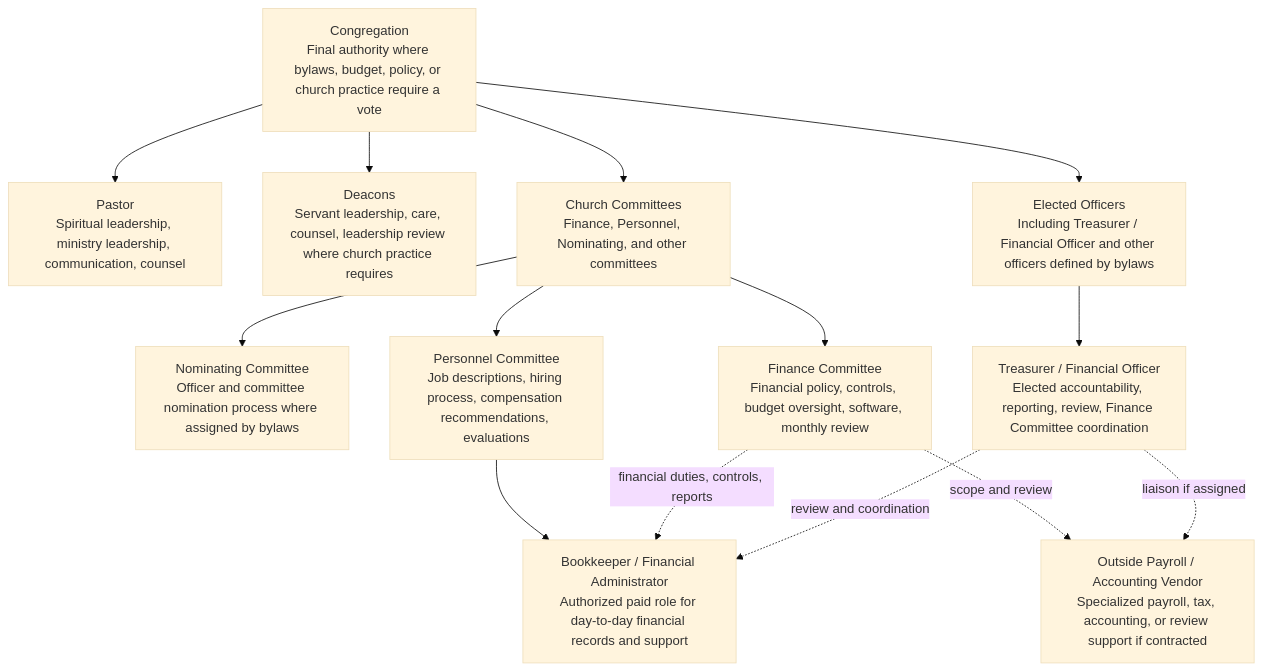
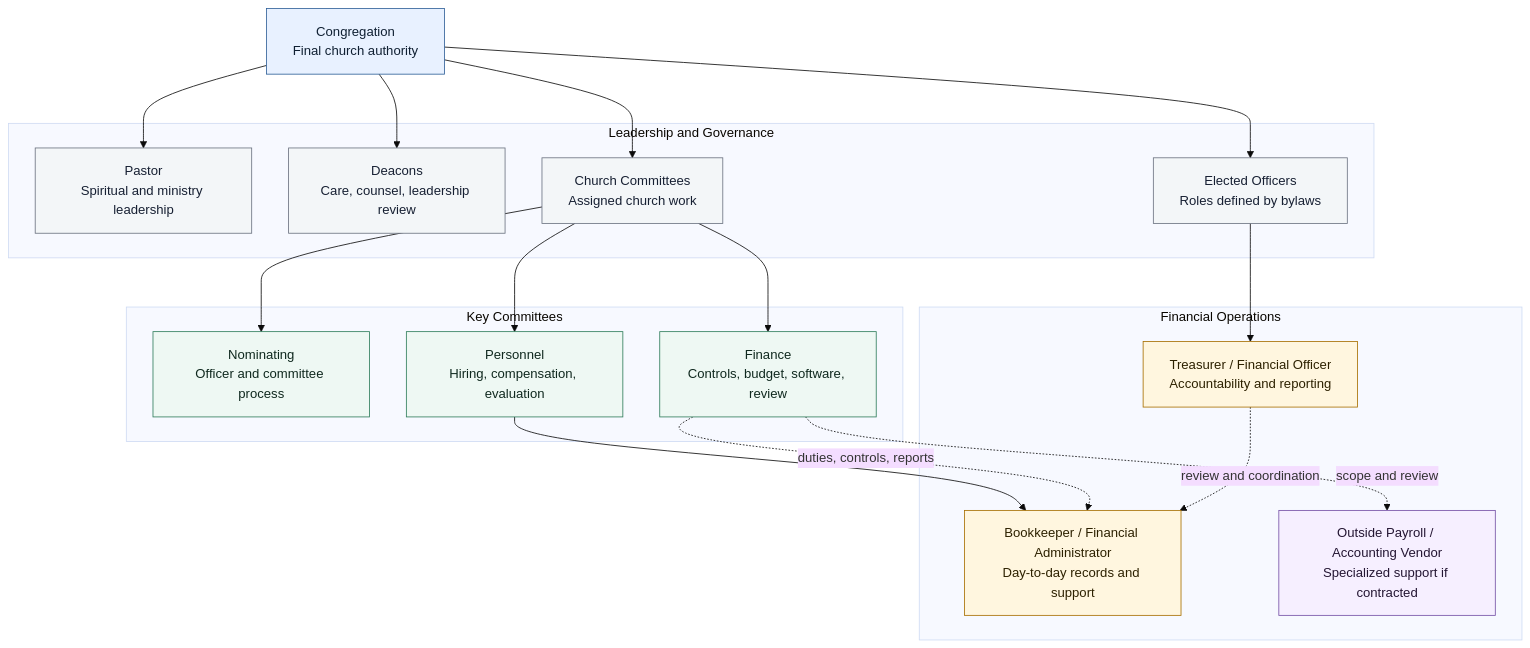
The first of 2 diagrams in docs/governance/church-organization-chart.md (coryd3/kbc-financial-operations), drawn with Mermaid (base theme) before and after one commit. The commit also changed other lines of this file and 2 other files, not shown here.

Commit message:
Render organization charts as Mermaid diagrams

````diff
--- a/docs/governance/church-organization-chart.md
+++ b/docs/governance/church-organization-chart.md
@@ -21,33 +21,48 @@
 ```mermaid
+%%{init: {"flowchart": {"curve": "basis", "nodeSpacing": 45, "rankSpacing": 60, "padding": 16}}}%%
 flowchart TD
-    Congregation["Congregation<br/>Final authority where bylaws, budget, policy, or church practice require a vote"]
+    Congregation["Congregation<br/>Final church authority"]
 
-    Pastor["Pastor<br/>Spiritual leadership, ministry leadership, communication, counsel"]
-    Deacons["Deacons<br/>Servant leadership, care, counsel, leadership review where church practice requires"]
-    Officers["Elected Officers<br/>Including Treasurer / Financial Officer and other officers defined by bylaws"]
-    Committees["Church Committees<br/>Finance, Personnel, Nominating, and other committees"]
+    subgraph Leadership [Leadership and Governance]
+        Pastor["Pastor<br/>Spiritual and ministry leadership"]
+        Deacons["Deacons<br/>Care, counsel, leadership review"]
+        Officers["Elected Officers<br/>Roles defined by bylaws"]
+        Committees["Church Committees<br/>Assigned church work"]
+    end
+
+    subgraph CommitteesGroup [Key Committees]
+        Nominating["Nominating<br/>Officer and committee process"]
+        Finance["Finance<br/>Controls, budget, software, review"]
+        Personnel["Personnel<br/>Hiring, compensation, evaluation"]
+    end
+
+    subgraph FinanceOps [Financial Operations]
+        Treasurer["Treasurer / Financial Officer<br/>Accountability and reporting"]
+        Bookkeeper["Bookkeeper / Financial Administrator<br/>Day-to-day records and support"]
+        Vendor["Outside Payroll / Accounting Vendor<br/>Specialized support if contracted"]
+    end
 
     Congregation --> Pastor
     Congregation --> Deacons
     Congregation --> Officers
     Congregation --> Committees
-
-    Nominating["Nominating Committee<br/>Officer and committee nomination process where assigned by bylaws"]
-    Finance["Finance Committee<br/>Financial policy, controls, budget oversight, software, monthly review"]
-    Personnel["Personnel Committee<br/>Job descriptions, hiring process, compensation recommendations, evaluations"]
-
     Committees --> Nominating
     Committees --> Finance
     Committees --> Personnel
-
-    Treasurer["Treasurer / Financial Officer<br/>Elected accountability, reporting, review, Finance Committee coordination"]
-    Bookkeeper["Bookkeeper / Financial Administrator<br/>Authorized paid role for day-to-day financial records and support"]
-    Vendor["Outside Payroll / Accounting Vendor<br/>Specialized payroll, tax, accounting, or review support if contracted"]
-
     Officers --> Treasurer
     Personnel --> Bookkeeper
-    Finance -. financial duties, controls, reports .-> Bookkeeper
+    Finance -. duties, controls, reports .-> Bookkeeper
     Treasurer -. review and coordination .-> Bookkeeper
     Finance -. scope and review .-> Vendor
-    Treasurer -. liaison if assigned .-> Vendor
+
+    classDef authority fill:#e8f1ff,stroke:#2f5f98,color:#102033,stroke-width:1px;
+    classDef leadership fill:#f3f6f8,stroke:#6b7280,color:#172033,stroke-width:1px;
+    classDef committee fill:#eef8f3,stroke:#2f7d5b,color:#10291f,stroke-width:1px;
+    classDef operations fill:#fff6df,stroke:#a76f00,color:#2d2100,stroke-width:1px;
+    classDef vendor fill:#f6efff,stroke:#7551a6,color:#241633,stroke-width:1px;
+    class Congregation authority;
+    class Pastor,Deacons,Officers,Committees leadership;
+    class Nominating,Finance,Personnel committee;
+    class Treasurer,Bookkeeper operations;
+    class Vendor vendor;
 ```
````
